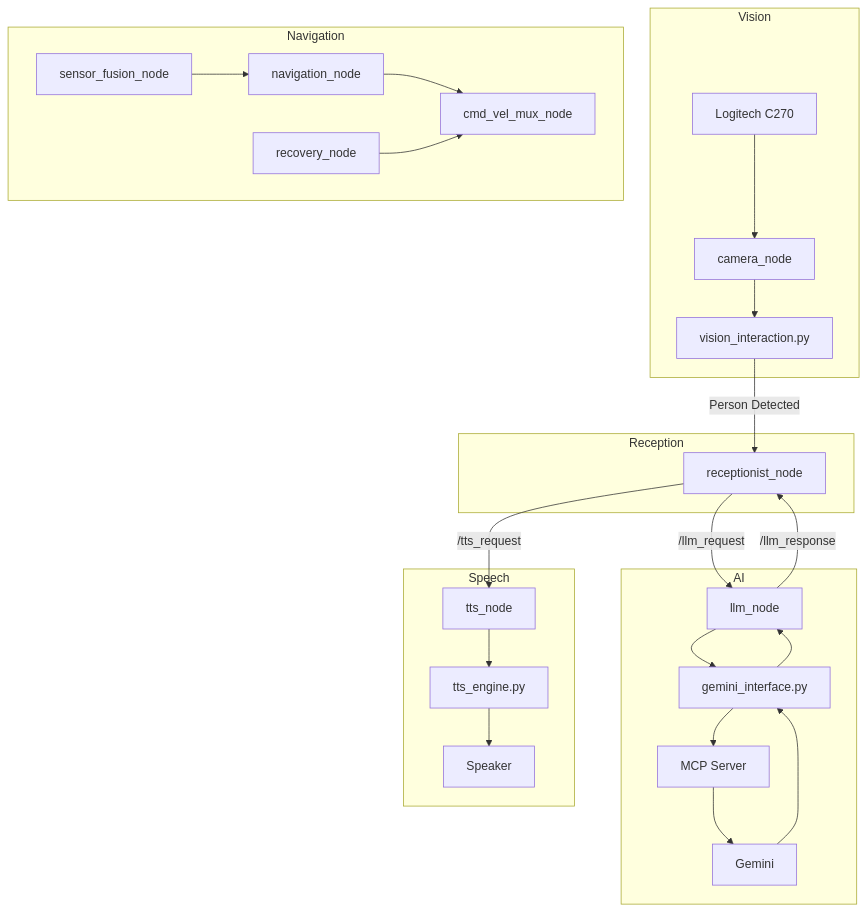
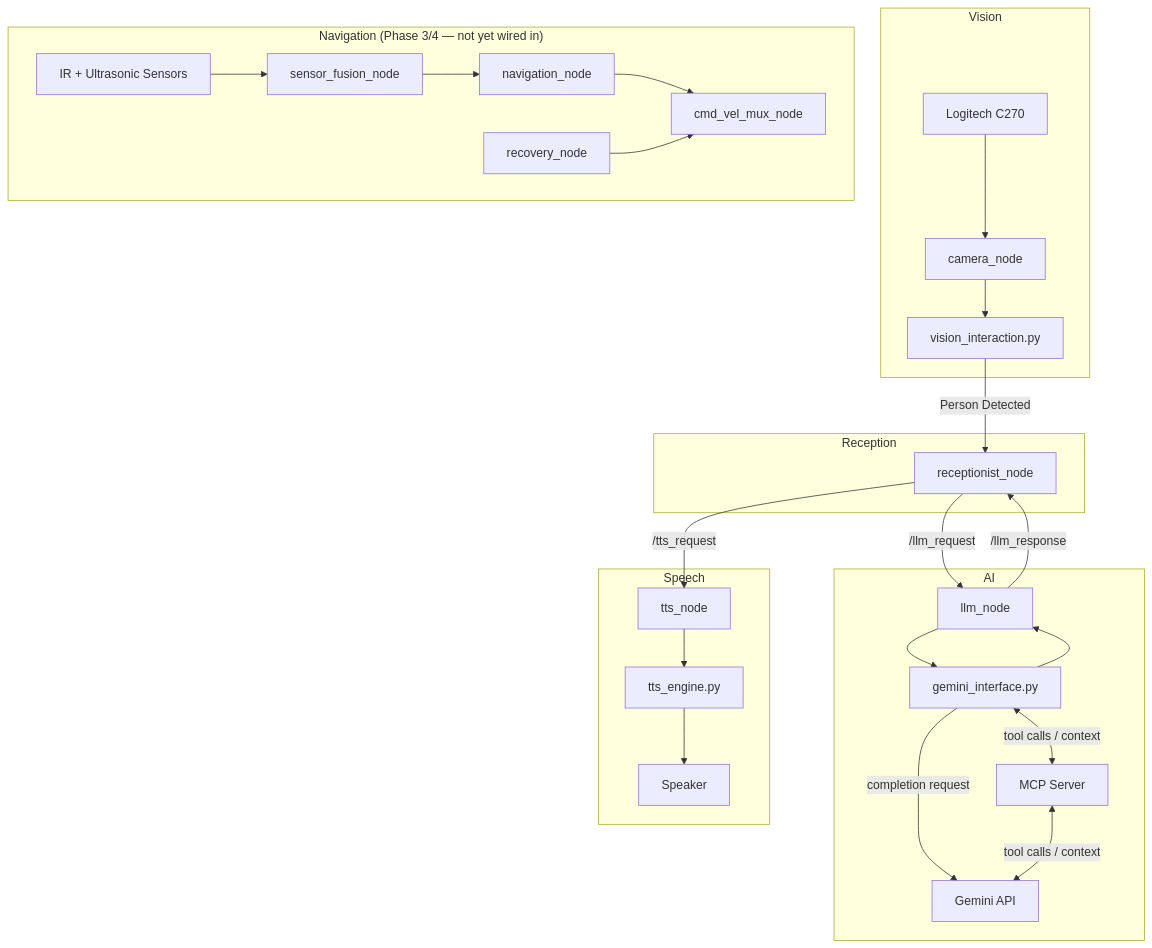
The diagram in readme.md (iamkavin1674/Welcoming-Robot), drawn with Mermaid before and after one commit. The commit also changed other lines of this file, not shown here.

````diff
--- a/readme.md
+++ b/readme.md
@@ -71,50 +54,53 @@
-``` mermaid
+```mermaid
 graph TB
 
 subgraph Vision
 CAM[Logitech C270]
 CN[camera_node]
 VI[vision_interaction.py]
 end
 
 subgraph Reception
 RN[receptionist_node]
 end
 
 subgraph AI
 LLMN[llm_node]
 GI[gemini_interface.py]
 MCP[MCP Server]
-GEMINI[Gemini]
+GEMINI[Gemini API]
 end
 
 subgraph Speech
 TTSN[tts_node]
 TE[tts_engine.py]
 SPK[Speaker]
 end
 
-subgraph Navigation
+subgraph NavGroup["Navigation (Phase 3/4 — not yet wired in)"]
+SENS[IR + Ultrasonic Sensors]
 SF[sensor_fusion_node]
 NAV[navigation_node]
 REC[recovery_node]
 MUX[cmd_vel_mux_node]
 end
 
 CAM --> CN
 CN --> VI
 VI -->|Person Detected| RN
 RN -->|/llm_request| LLMN
 LLMN --> GI
-GI --> MCP
-MCP --> GEMINI
-GEMINI --> GI
+GI -->|completion request| GEMINI
+GI <-->|tool calls / context| MCP
+MCP <-->|tool calls / context| GEMINI
 GI --> LLMN
 LLMN -->|/llm_response| RN
 RN -->|/tts_request| TTSN
 TTSN --> TE
 TE --> SPK
+
+SENS --> SF
 SF --> NAV
 NAV --> MUX
 REC --> MUX
 ```
````
